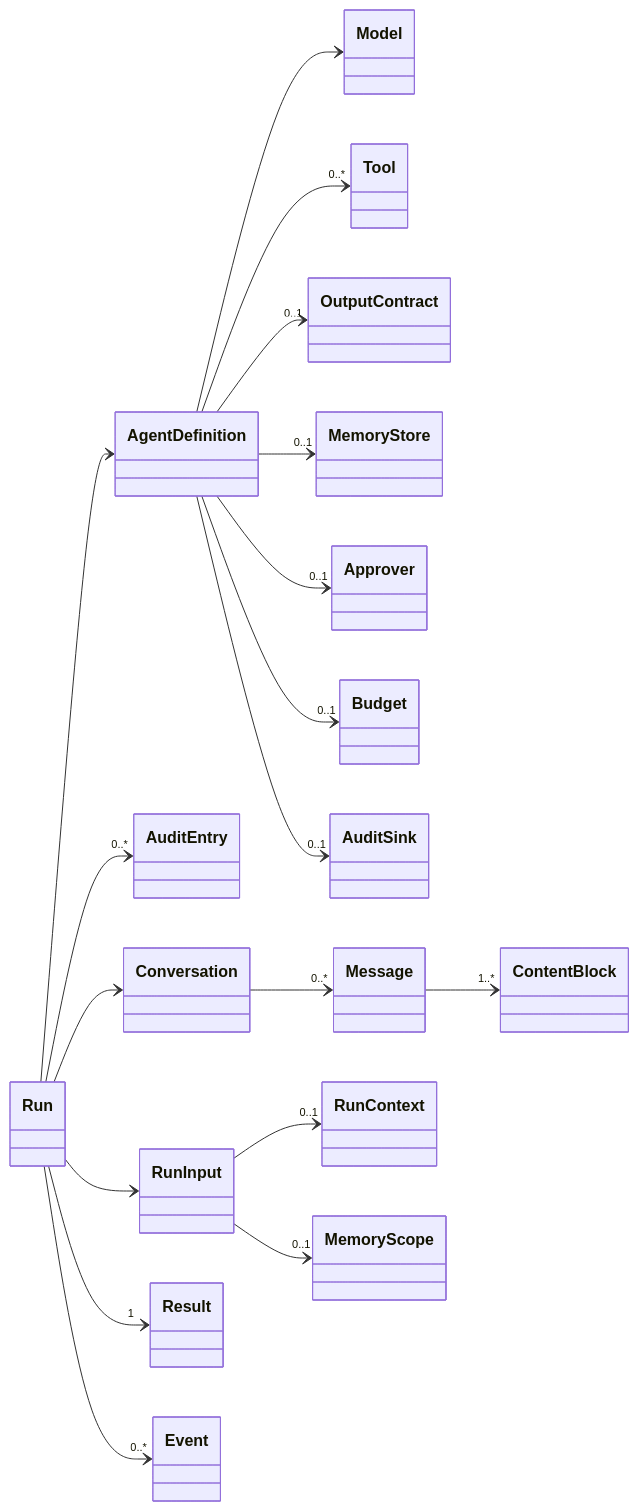
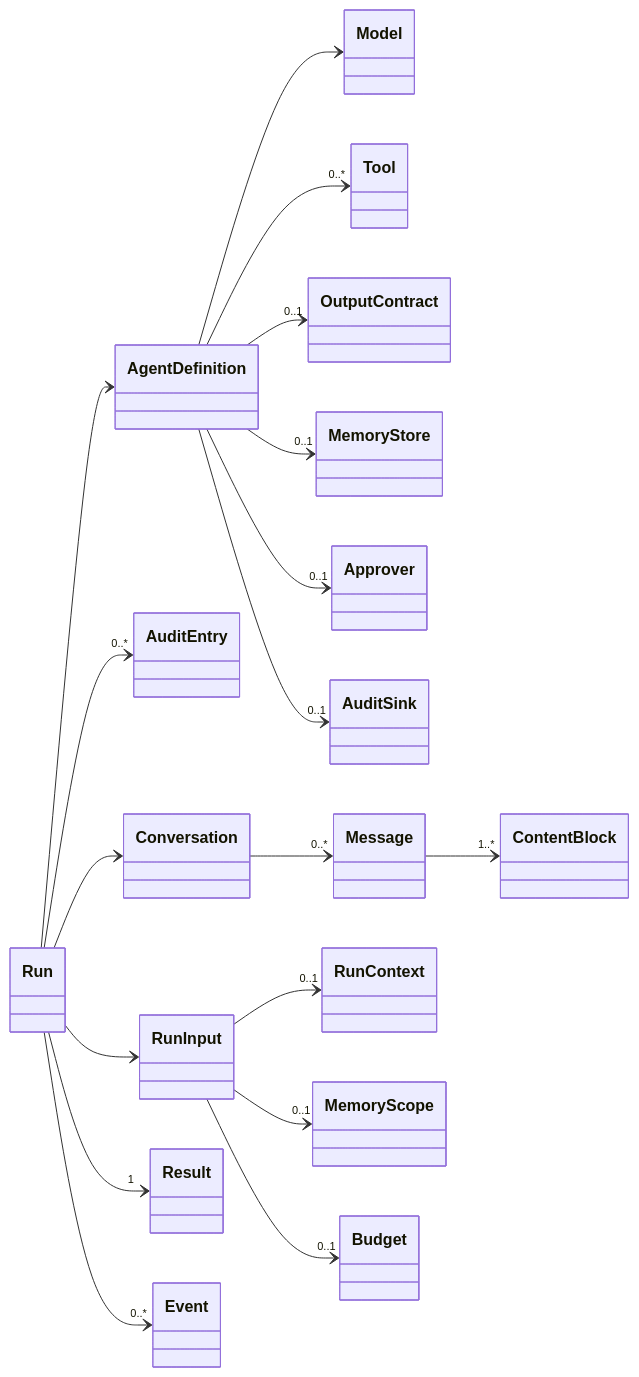
The first of 6 diagrams in ARCHITECTURE.md (sleepyshark85/Officina), drawn with Mermaid before and after one commit. The commit also changed other lines of this file and 3 other files, not shown here.

First line of the commit message:
Architecture doc: the budget is run input; RunOptions names its parameter

````diff
--- a/ARCHITECTURE.md
+++ b/ARCHITECTURE.md
@@ -21,21 +21,21 @@
 ```mermaid
 classDiagram
     direction LR
     AgentDefinition --> Model
     AgentDefinition --> "0..*" Tool
     AgentDefinition --> "0..1" OutputContract
     AgentDefinition --> "0..1" MemoryStore
     AgentDefinition --> "0..1" Approver
-    AgentDefinition --> "0..1" Budget
     AgentDefinition --> "0..1" AuditSink
     Run --> "0..*" AuditEntry
     Run --> AgentDefinition
     Run --> Conversation
     Run --> RunInput
     Run --> "1" Result
     Run --> "0..*" Event
     Conversation --> "0..*" Message
     Message --> "1..*" ContentBlock
     RunInput --> "0..1" RunContext
     RunInput --> "0..1" MemoryScope
+    RunInput --> "0..1" Budget
 ```
````
